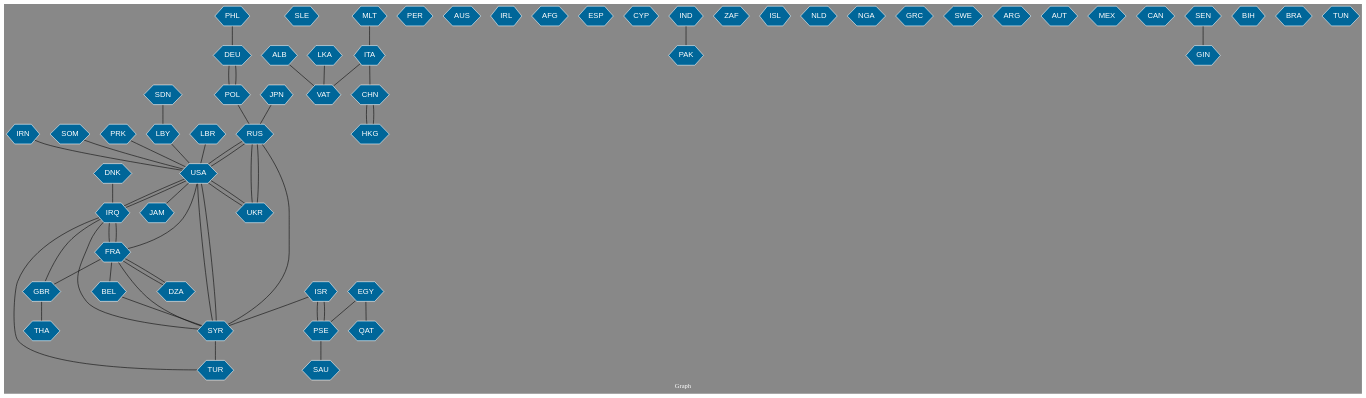
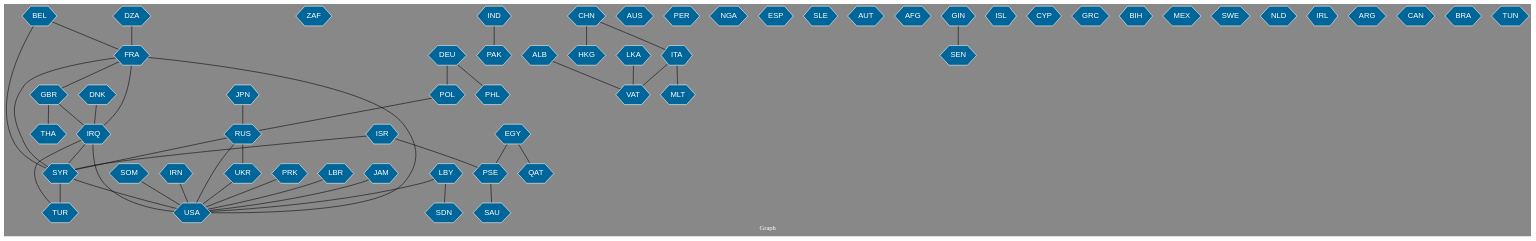
The diagram in images/en_MLT_tmalta_int/countries_together_in_item_2014-09-01 00-00-00_2014-10-01 00-00-00.gv (michal3141/geomedia), drawn with Graphviz before and after one commit. The commit also changed 1286 other files, not shown here.

Commit message:
Fixing the way graphs are created

```diff
--- a/images/en_MLT_tmalta_int/countries_together_in_item_2014-09-01 00-00-00_2014-10-01 00-00-00.gv
+++ b/images/en_MLT_tmalta_int/countries_together_in_item_2014-09-01 00-00-00_2014-10-01 00-00-00.gv
@@ -1,118 +1,108 @@
 // Countries together in item graph
 graph {
 	graph [bgcolor="#888888" fontcolor=white fontsize=12 label="Graph" outputorder=edgesfirst overlap=prism]
 	node [color=white fillcolor="#006699" fontcolor=white fontname=Helvetica shape=hexagon style=filled]
 	edge [arrowhead=open color=black fontcolor=white fontname=Courier fontsize=12]
+		USA [label=USA]
+		RUS [label=RUS]
+		JPN [label=JPN]
+		UKR [label=UKR]
+		ZAF [label=ZAF]
+		SOM [label=SOM]
+		SYR [label=SYR]
+		POL [label=POL]
+		GBR [label=GBR]
+		TUR [label=TUR]
+		IND [label=IND]
+		FRA [label=FRA]
+		ISR [label=ISR]
+		PSE [label=PSE]
 		DEU [label=DEU]
-		USA [label=USA]
-		GBR [label=GBR]
-		SYR [label=SYR]
+		VAT [label=VAT]
+		ALB [label=ALB]
+		AUS [label=AUS]
 		EGY [label=EGY]
+		SAU [label=SAU]
+		IRQ [label=IRQ]
+		HKG [label=HKG]
+		PAK [label=PAK]
+		IRN [label=IRN]
+		PER [label=PER]
+		PRK [label=PRK]
+		NGA [label=NGA]
+		ESP [label=ESP]
+		DNK [label=DNK]
+		DZA [label=DZA]
+		CHN [label=CHN]
+		SLE [label=SLE]
 		LBY [label=LBY]
-		SLE [label=SLE]
-		POL [label=POL]
-		FRA [label=FRA]
-		IRQ [label=IRQ]
-		TUR [label=TUR]
+		SDN [label=SDN]
+		QAT [label=QAT]
 		ITA [label=ITA]
-		PER [label=PER]
-		UKR [label=UKR]
-		AUS [label=AUS]
-		IRL [label=IRL]
-		RUS [label=RUS]
+		LBR [label=LBR]
+		AUT [label=AUT]
+		MLT [label=MLT]
 		AFG [label=AFG]
-		ESP [label=ESP]
-		BEL [label=BEL]
-		THA [label=THA]
+		GIN [label=GIN]
+		ISL [label=ISL]
 		CYP [label=CYP]
-		SAU [label=SAU]
-		IND [label=IND]
-		PAK [label=PAK]
-		CHN [label=CHN]
-		JAM [label=JAM]
-		HKG [label=HKG]
-		VAT [label=VAT]
-		ZAF [label=ZAF]
-		PSE [label=PSE]
-		QAT [label=QAT]
-		ISL [label=ISL]
+		GRC [label=GRC]
+		BIH [label=BIH]
+		MEX [label=MEX]
+		SWE [label=SWE]
 		NLD [label=NLD]
 		PHL [label=PHL]
-		LBR [label=LBR]
-		NGA [label=NGA]
-		SDN [label=SDN]
-		GRC [label=GRC]
-		IRN [label=IRN]
-		SWE [label=SWE]
+		BEL [label=BEL]
+		IRL [label=IRL]
 		ARG [label=ARG]
-		ISR [label=ISR]
-		AUT [label=AUT]
-		JPN [label=JPN]
-		MEX [label=MEX]
 		CAN [label=CAN]
-		SOM [label=SOM]
-		ALB [label=ALB]
 		SEN [label=SEN]
-		GIN [label=GIN]
-		BIH [label=BIH]
-		DNK [label=DNK]
-		DZA [label=DZA]
-		PRK [label=PRK]
 		BRA [label=BRA]
-		MLT [label=MLT]
+		JAM [label=JAM]
 		TUN [label=TUN]
 		LKA [label=LKA]
+		THA [label=THA]
 			FRA -- USA [weight=2]
-			SYR -- USA [weight=3]
-			ISR -- PSE [weight=3]
+			SYR -- USA [weight=6]
+			JAM -- USA [weight=1]
+			ISR -- PSE [weight=4]
 			SYR -- TUR [weight=2]
-			UKR -- RUS [weight=4]
 			IND -- PAK [weight=1]
-			IRN -- USA [weight=1]
 			FRA -- GBR [weight=1]
 			EGY -- QAT [weight=1]
-			FRA -- BEL [weight=1]
-			DEU -- POL [weight=1]
-			ALB -- VAT [weight=1]
+			GBR -- THA [weight=1]
+			DEU -- PHL [weight=1]
+			DEU -- POL [weight=2]
+			ISR -- SYR [weight=1]
 			EGY -- PSE [weight=1]
 			DNK -- IRQ [weight=1]
-			IRQ -- USA [weight=1]
-			USA -- JAM [weight=1]
-			ISR -- SYR [weight=1]
-			FRA -- IRQ [weight=3]
-			FRA -- DZA [weight=1]
+			IRQ -- USA [weight=4]
+			LBY -- SDN [weight=1]
+			RUS -- SYR [weight=1]
+			FRA -- IRQ [weight=4]
 			PSE -- SAU [weight=1]
-			SEN -- GIN [weight=1]
-			SDN -- LBY [weight=1]
-			USA -- SYR [weight=3]
-			DZA -- FRA [weight=1]
+			CHN -- ITA [weight=1]
+			BEL -- SYR [weight=1]
+			DZA -- FRA [weight=2]
 			FRA -- SYR [weight=1]
-			USA -- IRQ [weight=3]
 			ITA -- VAT [weight=1]
-			PHL -- DEU [weight=1]
-			RUS -- USA [weight=1]
+			RUS -- USA [weight=2]
 			SOM -- USA [weight=1]
 			JPN -- RUS [weight=1]
-			UKR -- USA [weight=1]
-			RUS -- UKR [weight=4]
-			USA -- RUS [weight=1]
-			SYR -- RUS [weight=1]
+			UKR -- USA [weight=3]
+			RUS -- UKR [weight=8]
+			BEL -- FRA [weight=1]
+			IRQ -- SYR [weight=1]
 			LBR -- USA [weight=1]
-			PSE -- ISR [weight=1]
-			HKG -- CHN [weight=1]
+			IRN -- USA [weight=1]
 			LBY -- USA [weight=1]
-			BEL -- SYR [weight=1]
-			POL -- DEU [weight=1]
+			ITA -- MLT [weight=1]
 			POL -- RUS [weight=1]
-			IRQ -- FRA [weight=1]
 			LKA -- VAT [weight=1]
-			MLT -- ITA [weight=1]
-			GBR -- THA [weight=1]
+			GIN -- SEN [weight=1]
 			PRK -- USA [weight=2]
 			IRQ -- TUR [weight=1]
 			GBR -- IRQ [weight=2]
-			USA -- UKR [weight=2]
-			ITA -- CHN [weight=1]
-			CHN -- HKG [weight=3]
-			IRQ -- SYR [weight=1]
+			CHN -- HKG [weight=4]
+			ALB -- VAT [weight=1]
 }
```
